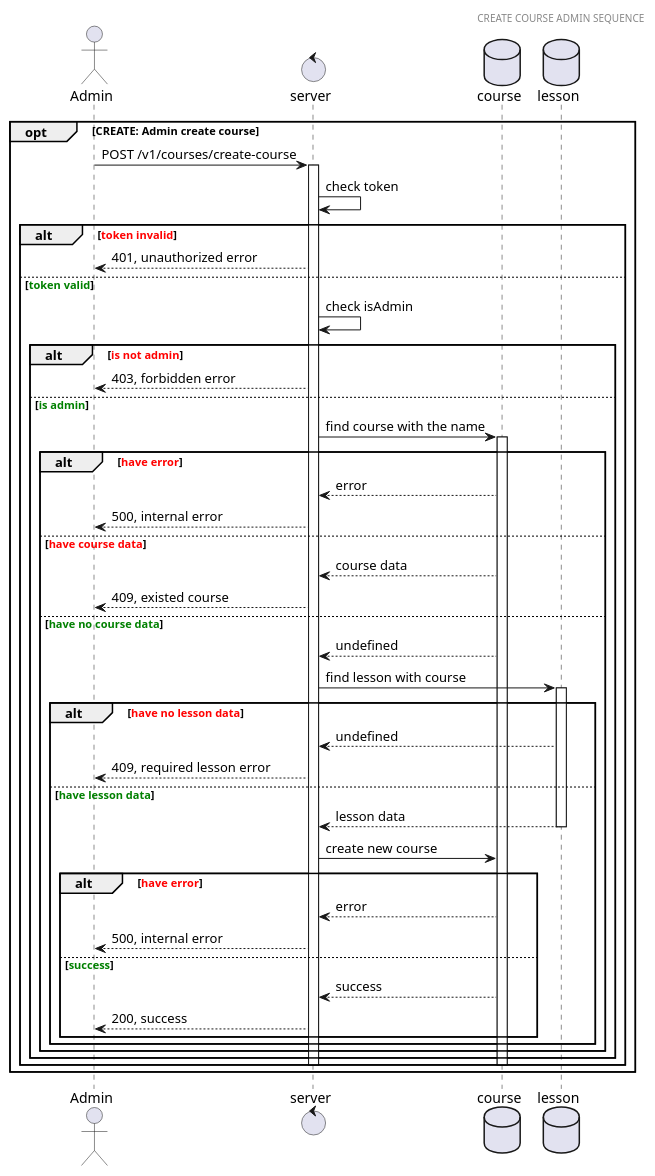
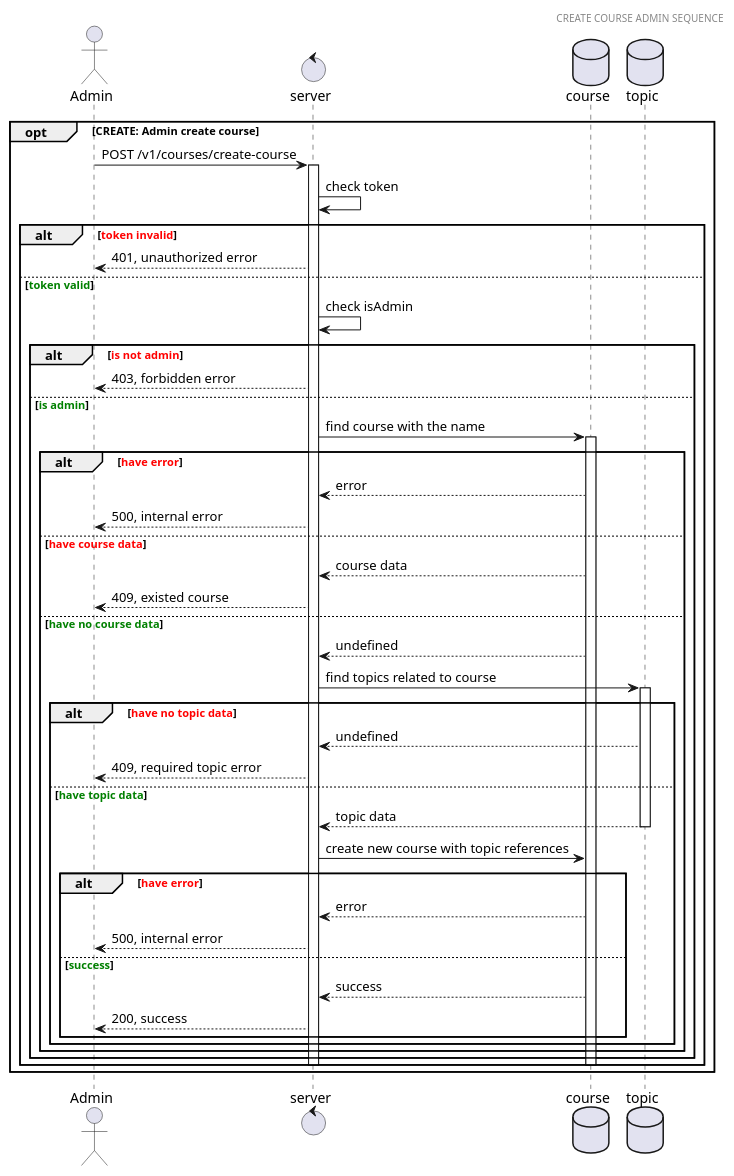
One commit to ntathuw/GraduationThesis changed the diagram in courses/admin/create.sequence.puml. Above: the diagram before and after it, drawn with PlantUML. The commit also changed 32 other files, not shown here.

First line of the commit message:
add activity and sequence diagram

```diff
--- a/courses/admin/create.sequence.puml
+++ b/courses/admin/create.sequence.puml
@@ -1,54 +1,54 @@
-@startuml Project admin sequence
+@startuml Course admin sequence
 
 header CREATE COURSE ADMIN SEQUENCE
 actor Admin 
 control server
 database course
-database lesson
+database topic
 
 opt CREATE: Admin create course
   Admin -> server: POST /v1/courses/create-course
   activate server
   server -> server: check token
   alt <font color=red>token invalid</font>
     server --> Admin: 401, unauthorized error
   else <font color=green>token valid</font>
     server -> server: check isAdmin
     alt <font color=red>is not admin</font>
       server --> Admin: 403, forbidden error
     else <font color=green>is admin</font>
       server -> course: find course with the name
       activate course
       alt <font color=red>have error</font>
         course --> server: error
         server --> Admin: 500, internal error
       else <font color=red>have course data</font>
         course --> server: course data
         server --> Admin: 409, existed course
       else <font color=green>have no course data</font>
         course --> server: undefined
-        server -> lesson: find lesson with course
-        activate lesson
-        alt <font color=red>have no lesson data</font>
-          lesson --> server: undefined
-          server --> Admin: 409, required lesson error
-        else <font color=green>have lesson data</font>
-          lesson --> server: lesson data
-          deactivate lesson
-          server -> course: create new course
+        server -> topic: find topics related to course
+        activate topic
+        alt <font color=red>have no topic data</font>
+          topic --> server: undefined
+          server --> Admin: 409, required topic error
+        else <font color=green>have topic data</font>
+          topic --> server: topic data
+          deactivate topic
+          server -> course: create new course with topic references
           alt <font color=red>have error</font>
             course --> server: error
             server --> Admin: 500, internal error
           else <font color=green>success</font>
             course --> server: success
             server --> Admin: 200, success
           end
         end
       end
     end
     deactivate course
     deactivate server
   end
 end
 
 @enduml
```
